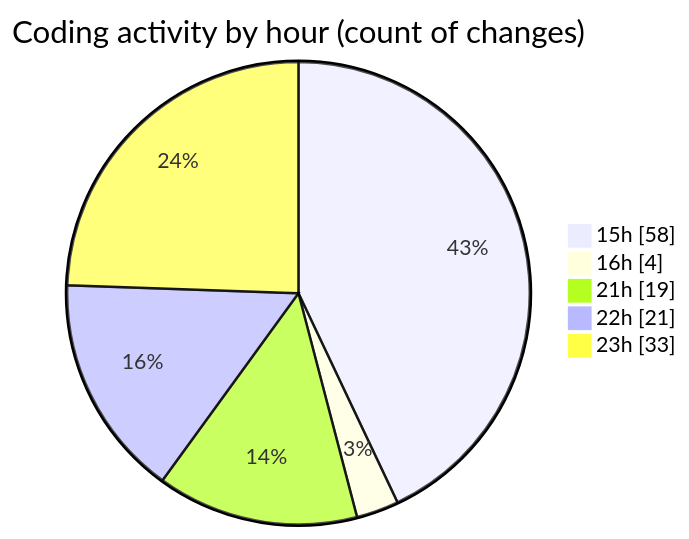
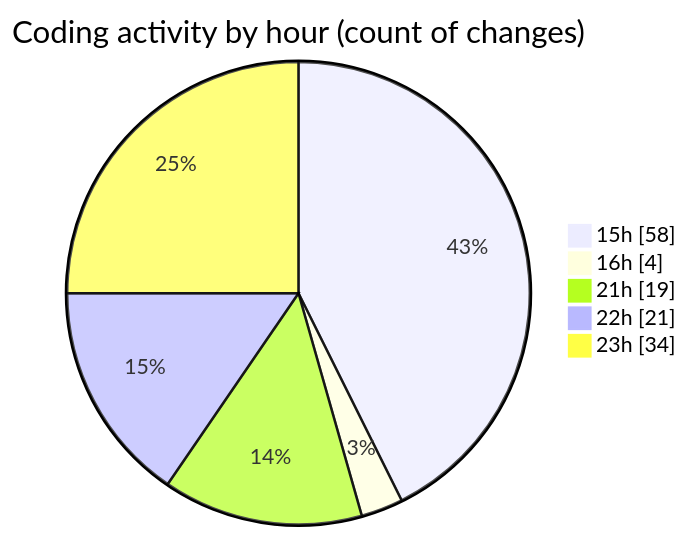
One commit to momahboobian/code-tracking changed the second of 2 diagrams in 2026-01-22/cda-web-components/README.md. Above: the diagram before and after it, drawn with Mermaid. The commit also changed other lines of this file and 1 other file, not shown here.

````diff
--- a/2026-01-22/cda-web-components/README.md
+++ b/2026-01-22/cda-web-components/README.md
@@ -72,9 +72,9 @@
 ```mermaid
 pie showData
 title Coding activity by hour (count of changes)
 "15h" : 58
 "16h" : 4
 "21h" : 19
 "22h" : 21
-"23h" : 33
+"23h" : 34
 ```
````
